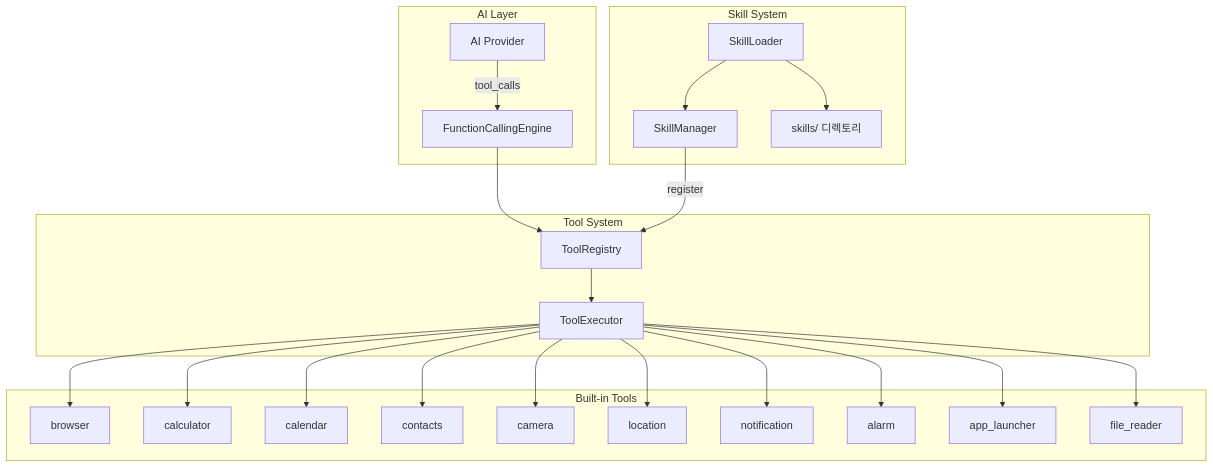
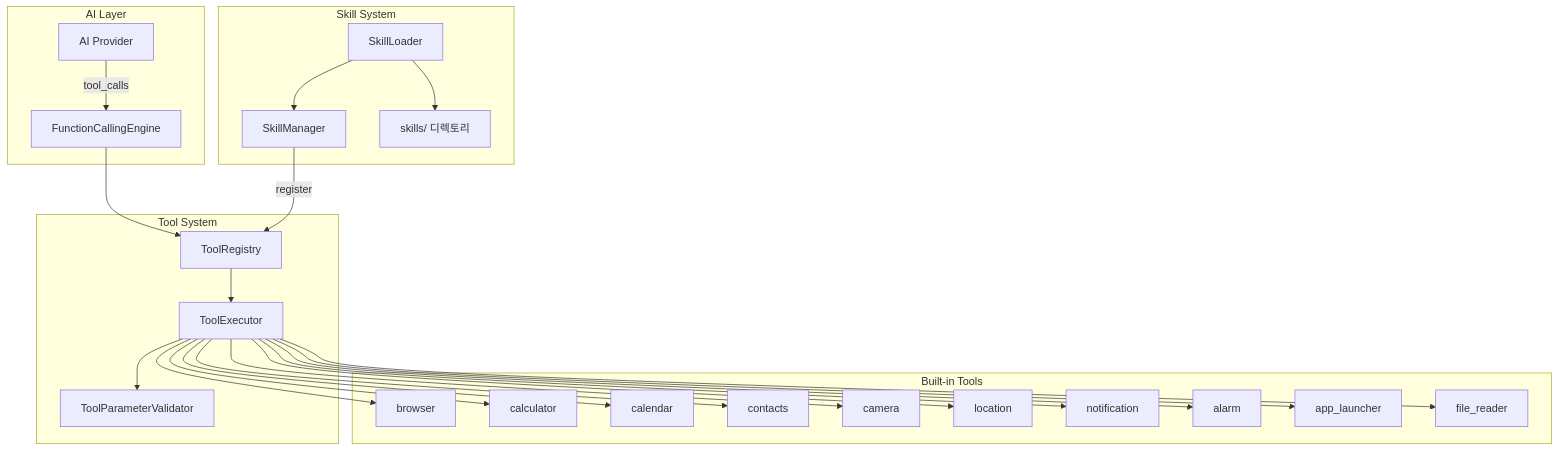
One commit to steveve14/ClawDroid changed the first of 3 diagrams in docs/08_도구_스킬_시스템.md. Above: the diagram before and after it, drawn with Mermaid. The commit also changed other lines of this file and 94 other files, not shown here.

````diff
--- a/docs/08_도구_스킬_시스템.md
+++ b/docs/08_도구_스킬_시스템.md
@@ -19,39 +19,41 @@
 ```mermaid
 graph TD
     subgraph AI Layer
         AI[AI Provider]
         FC[FunctionCallingEngine]
     end
 
     subgraph Tool System
         TR[ToolRegistry]
         TE[ToolExecutor]
+        TPV[ToolParameterValidator]
     end
 
     subgraph Built-in Tools
         BRW[browser]
         CAL[calculator]
         CALD[calendar]
         CON[contacts]
         CAM[camera]
         LOC[location]
         NTF[notification]
         ALR[alarm]
         APP[app_launcher]
         FILE[file_reader]
     end
 
     subgraph Skill System
         SL[SkillLoader]
         SM[SkillManager]
         SD[skills/ 디렉토리]
     end
 
     AI -->|tool_calls| FC
     FC --> TR
     TR --> TE
+    TE --> TPV
     TE --> BRW & CAL & CALD & CON & CAM & LOC & NTF & ALR & APP & FILE
     SL --> SD
     SL --> SM
     SM -->|register| TR
 ```
````
